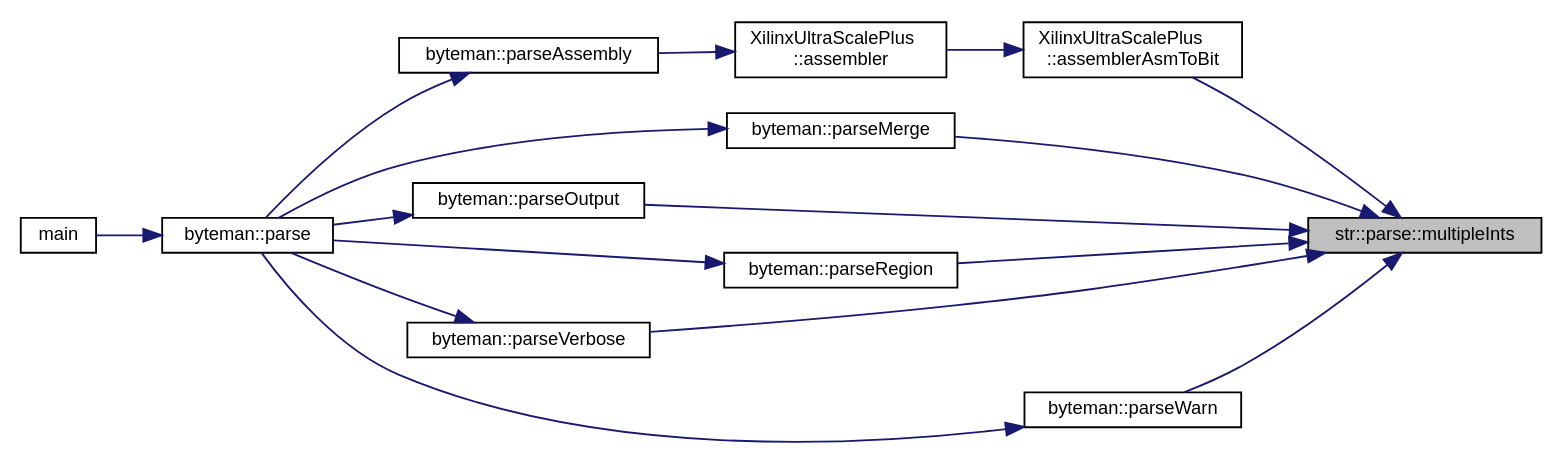
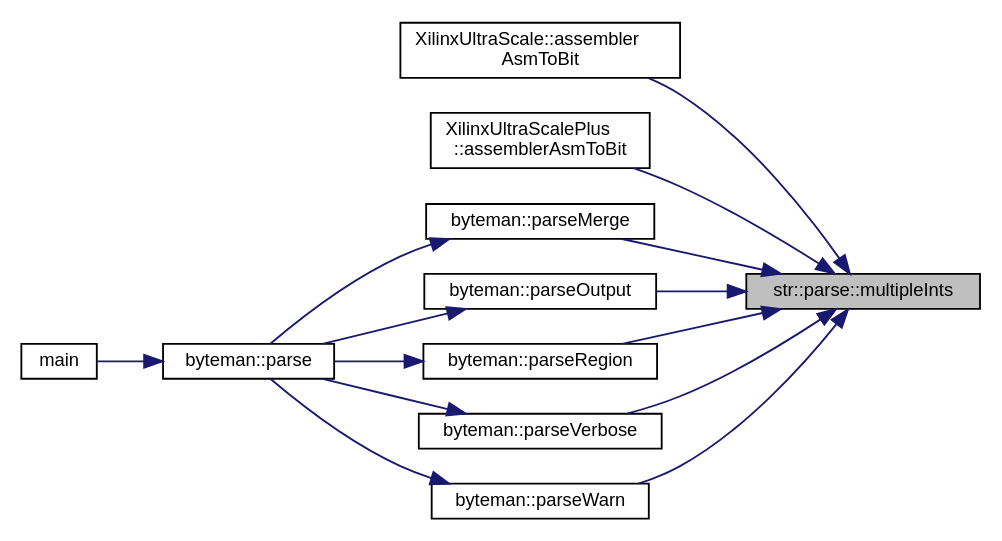
Before and after one commit to FPGA-Research-Manchester/byteman: the diagram in namespacestr_1_1parse_a9f14cc7345a3fc0591a6afaf8033e6d1_icgraph.dot, drawn with Graphviz. The commit also changed 2369 other files, not shown here.

```diff
--- a/namespacestr_1_1parse_a9f14cc7345a3fc0591a6afaf8033e6d1_icgraph.dot
+++ b/namespacestr_1_1parse_a9f14cc7345a3fc0591a6afaf8033e6d1_icgraph.dot
@@ -1,34 +1,31 @@
 digraph "str::parse::multipleInts"
 {
  // INTERACTIVE_SVG=YES
  // LATEX_PDF_SIZE
   edge [fontname="Helvetica",fontsize="10",labelfontname="Helvetica",labelfontsize="10"];
   node [fontname="Helvetica",fontsize="10",shape=record];
   rankdir="RL";
   Node1 [label="str::parse::multipleInts",height=0.2,width=0.4,color="black", fillcolor="grey75", style="filled", fontcolor="black",tooltip=" "];
   Node1 -> Node2 [dir="back",color="midnightblue",fontsize="10",style="solid",fontname="Helvetica"];
-  Node2 [label="XilinxUltraScalePlus\l::assemblerAsmToBit",height=0.2,width=0.4,color="black", fillcolor="white", style="filled",URL="$classXilinxUltraScalePlus.html#a058802c627c4177c6fd88ca079551207",tooltip=" "];
-  Node2 -> Node3 [dir="back",color="midnightblue",fontsize="10",style="solid",fontname="Helvetica"];
-  Node3 [label="XilinxUltraScalePlus\l::assembler",height=0.2,width=0.4,color="black", fillcolor="white", style="filled",URL="$classXilinxUltraScalePlus.html#a53e5f6ec962f1f2a961f90b8b9e90e10",tooltip=" "];
-  Node3 -> Node4 [dir="back",color="midnightblue",fontsize="10",style="solid",fontname="Helvetica"];
-  Node4 [label="byteman::parseAssembly",height=0.2,width=0.4,color="black", fillcolor="white", style="filled",URL="$classbyteman.html#a5e7f2e31d95626075a6ce22b54ecbbf8",tooltip=" "];
+  Node2 [label="XilinxUltraScale::assembler\lAsmToBit",height=0.2,width=0.4,color="black", fillcolor="white", style="filled",URL="$classXilinxUltraScale.html#ae59064108c5ceddce061542356c05a41",tooltip=" "];
+  Node1 -> Node3 [dir="back",color="midnightblue",fontsize="10",style="solid",fontname="Helvetica"];
+  Node3 [label="XilinxUltraScalePlus\l::assemblerAsmToBit",height=0.2,width=0.4,color="black", fillcolor="white", style="filled",URL="$classXilinxUltraScalePlus.html#a058802c627c4177c6fd88ca079551207",tooltip=" "];
+  Node1 -> Node4 [dir="back",color="midnightblue",fontsize="10",style="solid",fontname="Helvetica"];
+  Node4 [label="byteman::parseMerge",height=0.2,width=0.4,color="black", fillcolor="white", style="filled",URL="$classbyteman.html#a012f7c0279dac10df52f2e7927a8bfef",tooltip=" "];
   Node4 -> Node5 [dir="back",color="midnightblue",fontsize="10",style="solid",fontname="Helvetica"];
   Node5 [label="byteman::parse",height=0.2,width=0.4,color="black", fillcolor="white", style="filled",URL="$classbyteman.html#a0ce0e992678e3f8b51cc5e01cea14ddb",tooltip=" "];
   Node5 -> Node6 [dir="back",color="midnightblue",fontsize="10",style="solid",fontname="Helvetica"];
   Node6 [label="main",height=0.2,width=0.4,color="black", fillcolor="white", style="filled",URL="$byteman_8cpp.html#a0ddf1224851353fc92bfbff6f499fa97",tooltip=" "];
   Node1 -> Node7 [dir="back",color="midnightblue",fontsize="10",style="solid",fontname="Helvetica"];
-  Node7 [label="byteman::parseMerge",height=0.2,width=0.4,color="black", fillcolor="white", style="filled",URL="$classbyteman.html#a012f7c0279dac10df52f2e7927a8bfef",tooltip=" "];
+  Node7 [label="byteman::parseOutput",height=0.2,width=0.4,color="black", fillcolor="white", style="filled",URL="$classbyteman.html#a2ff1e5c9e9b542e9f74768b296ace32f",tooltip=" "];
   Node7 -> Node5 [dir="back",color="midnightblue",fontsize="10",style="solid",fontname="Helvetica"];
   Node1 -> Node8 [dir="back",color="midnightblue",fontsize="10",style="solid",fontname="Helvetica"];
-  Node8 [label="byteman::parseOutput",height=0.2,width=0.4,color="black", fillcolor="white", style="filled",URL="$classbyteman.html#a2ff1e5c9e9b542e9f74768b296ace32f",tooltip=" "];
+  Node8 [label="byteman::parseRegion",height=0.2,width=0.4,color="black", fillcolor="white", style="filled",URL="$classbyteman.html#a1455d24c97a2b5c3564201dd76df5286",tooltip=" "];
   Node8 -> Node5 [dir="back",color="midnightblue",fontsize="10",style="solid",fontname="Helvetica"];
   Node1 -> Node9 [dir="back",color="midnightblue",fontsize="10",style="solid",fontname="Helvetica"];
-  Node9 [label="byteman::parseRegion",height=0.2,width=0.4,color="black", fillcolor="white", style="filled",URL="$classbyteman.html#a1455d24c97a2b5c3564201dd76df5286",tooltip=" "];
+  Node9 [label="byteman::parseVerbose",height=0.2,width=0.4,color="black", fillcolor="white", style="filled",URL="$classbyteman.html#a991b1f28f673d304d827d9777338cf04",tooltip=" "];
   Node9 -> Node5 [dir="back",color="midnightblue",fontsize="10",style="solid",fontname="Helvetica"];
   Node1 -> Node10 [dir="back",color="midnightblue",fontsize="10",style="solid",fontname="Helvetica"];
-  Node10 [label="byteman::parseVerbose",height=0.2,width=0.4,color="black", fillcolor="white", style="filled",URL="$classbyteman.html#a991b1f28f673d304d827d9777338cf04",tooltip=" "];
+  Node10 [label="byteman::parseWarn",height=0.2,width=0.4,color="black", fillcolor="white", style="filled",URL="$classbyteman.html#a232d2d7614b161a9bca019371bafc373",tooltip=" "];
   Node10 -> Node5 [dir="back",color="midnightblue",fontsize="10",style="solid",fontname="Helvetica"];
-  Node1 -> Node11 [dir="back",color="midnightblue",fontsize="10",style="solid",fontname="Helvetica"];
-  Node11 [label="byteman::parseWarn",height=0.2,width=0.4,color="black", fillcolor="white", style="filled",URL="$classbyteman.html#a232d2d7614b161a9bca019371bafc373",tooltip=" "];
-  Node11 -> Node5 [dir="back",color="midnightblue",fontsize="10",style="solid",fontname="Helvetica"];
 }
```
